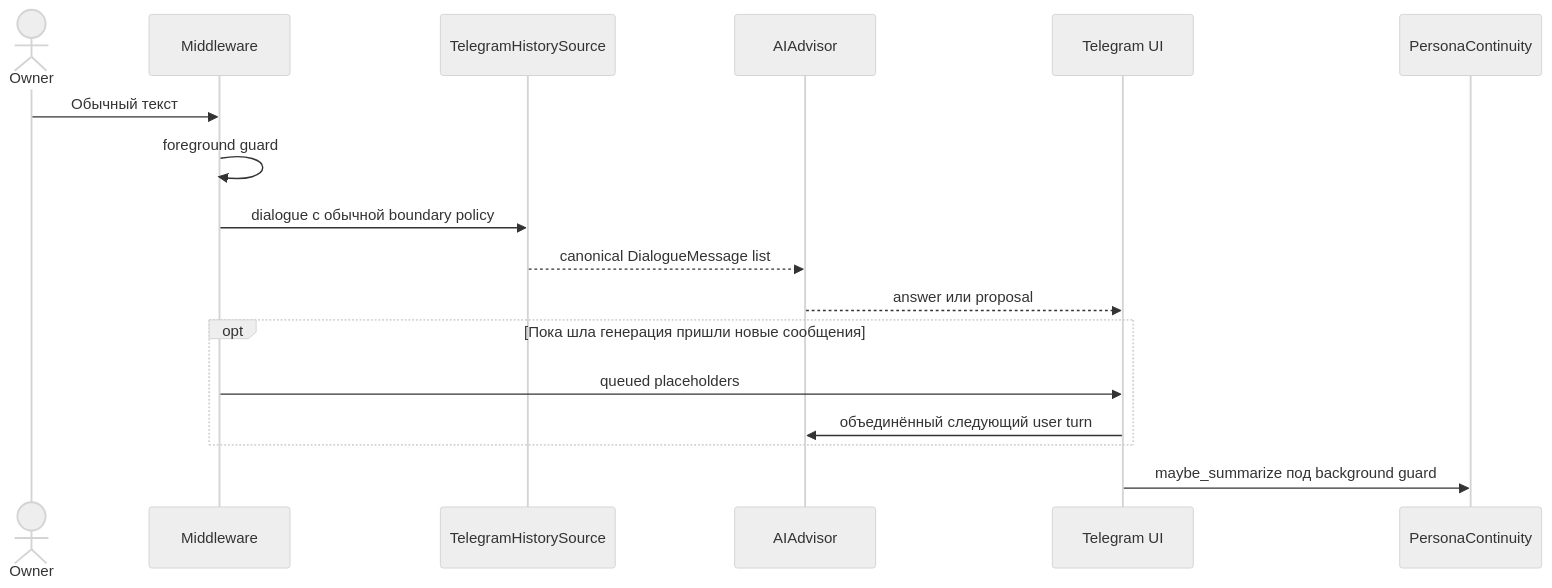
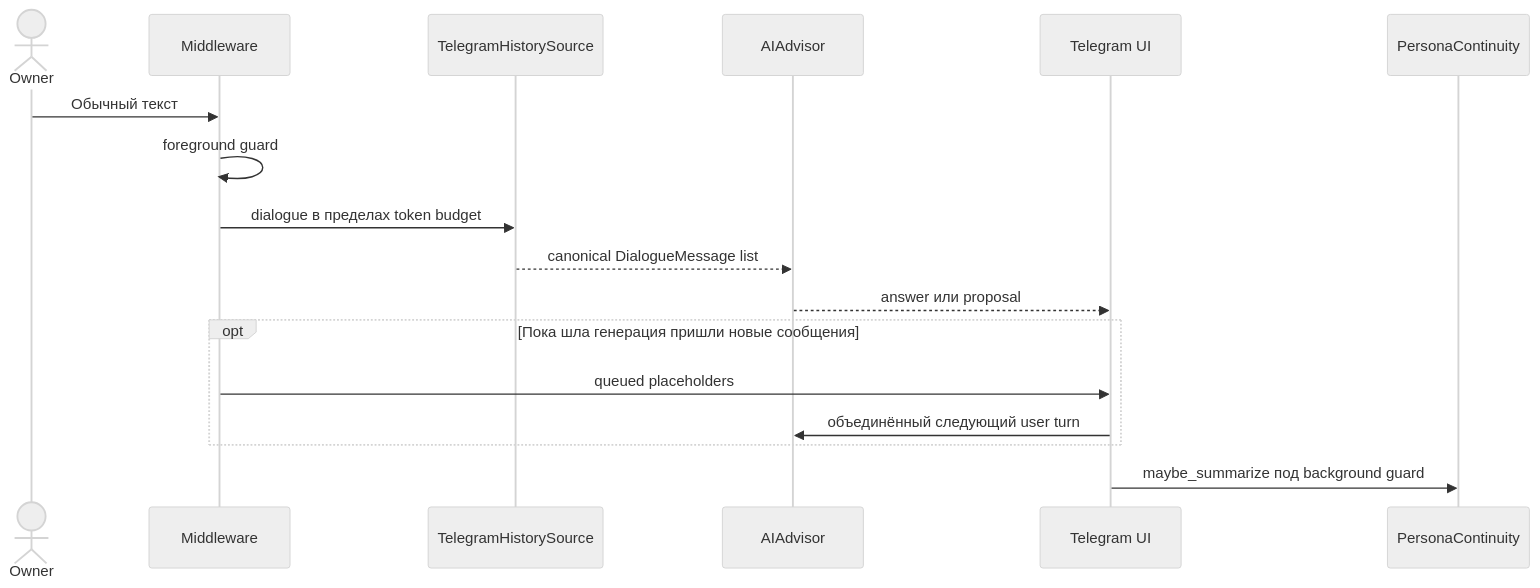
The seventh of 11 diagrams in docs/STRUCTURE_GRAPH.md (myvaheed/tg-ai-safwa), drawn with Mermaid (neutral theme) before and after one commit. The commit also changed other lines of this file and 28 other files, not shown here.

````diff
--- a/docs/STRUCTURE_GRAPH.md
+++ b/docs/STRUCTURE_GRAPH.md
@@ -224,20 +224,20 @@
 ```mermaid
 sequenceDiagram
     actor U as Owner
     participant MW as Middleware
     participant H as TelegramHistorySource
     participant A as AIAdvisor
     participant T as Telegram UI
     participant C as PersonaContinuity
 
     U->>MW: Обычный текст
     MW->>MW: foreground guard
-    MW->>H: dialogue с обычной boundary policy
+    MW->>H: dialogue в пределах token budget
     H-->>A: canonical DialogueMessage list
     A-->>T: answer или proposal
     opt Пока шла генерация пришли новые сообщения
         MW->>T: queued placeholders
         T->>A: объединённый следующий user turn
     end
     T->>C: maybe_summarize под background guard
 ```
````
